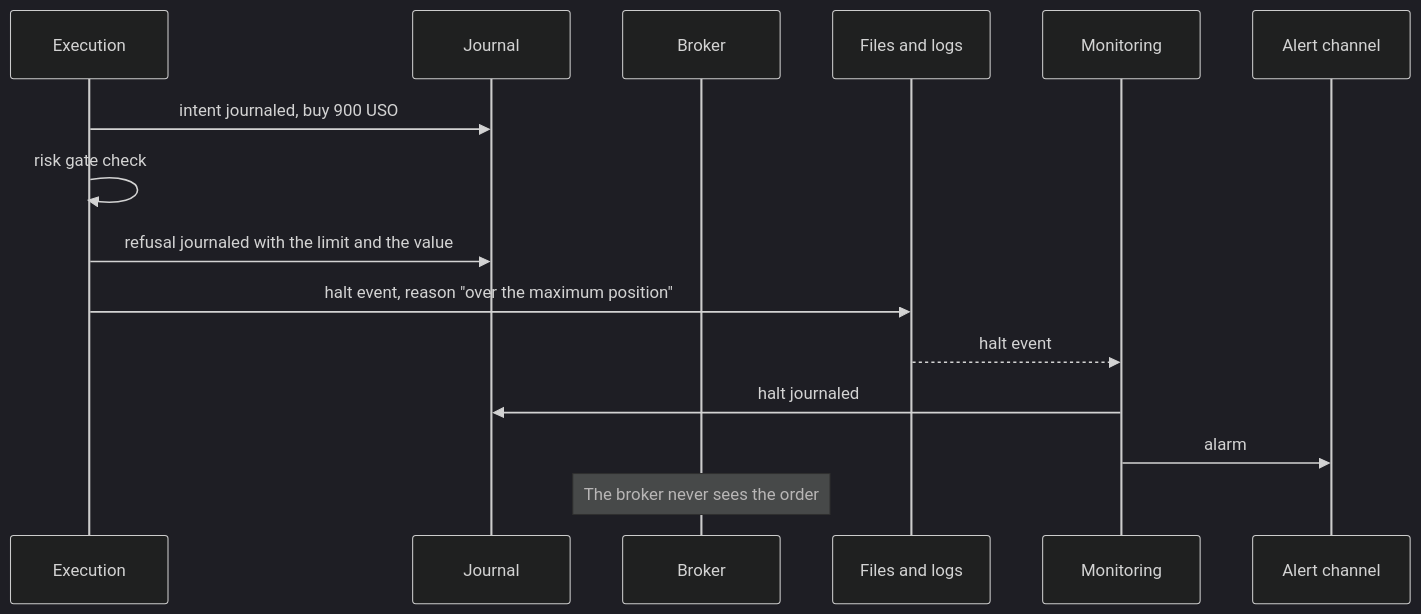
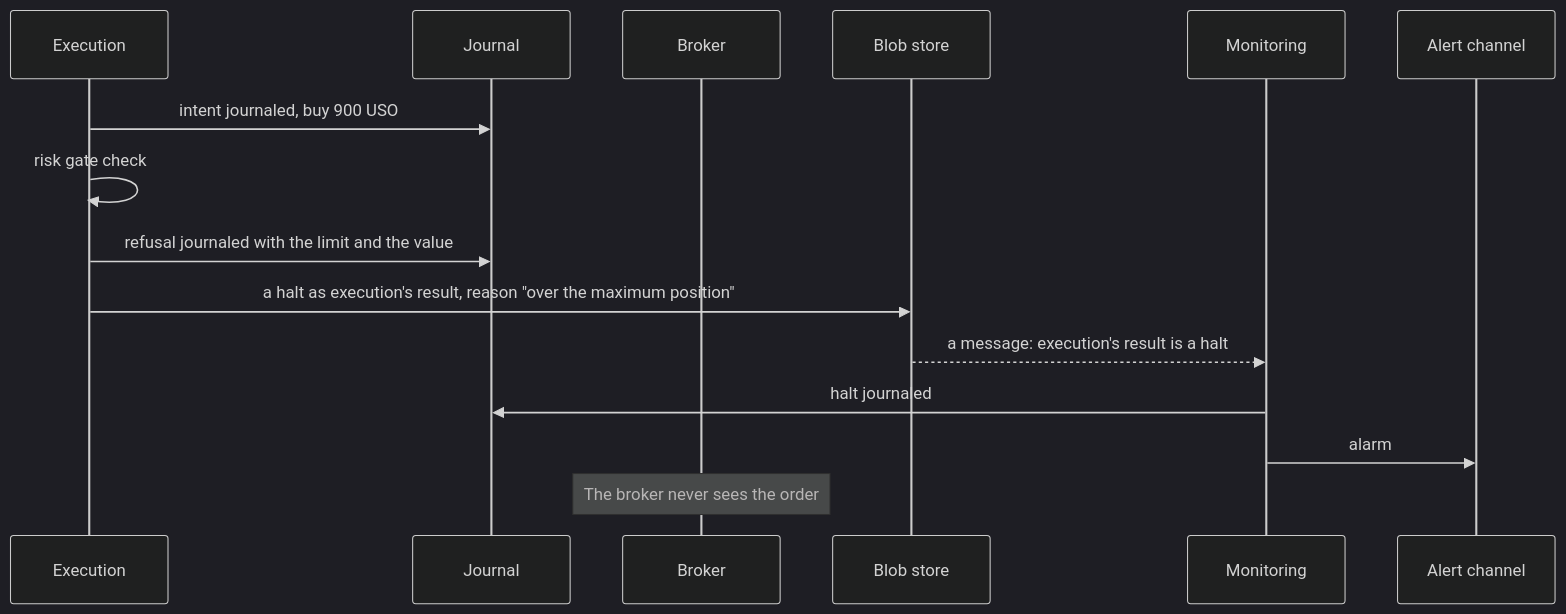
One commit to l3a0/ithildin-runtime changed the seventh of 16 diagrams in docs/architecture.md. Above: the diagram before and after it, drawn with Mermaid (dark theme). The commit also changed other lines of this file and 1 other file, not shown here.

````diff
--- a/docs/architecture.md
+++ b/docs/architecture.md
@@ -692,18 +686,18 @@
 ```mermaid
 sequenceDiagram
     participant X as Execution
     participant J as Journal
     participant B as Broker
-    participant F as Files and logs
+    participant F as Blob store
     participant M as Monitoring
     participant L as Alert channel
 
     X->>J: intent journaled, buy 900 USO
     X->>X: risk gate check
     X->>J: refusal journaled with the limit and the value
-    X->>F: halt event, reason "over the maximum position"
-    F-->>M: halt event
+    X->>F: a halt as execution's result, reason "over the maximum position"
+    F-->>M: a message: execution's result is a halt
     M->>J: halt journaled
     M->>L: alarm
     Note over B: The broker never sees the order
 ```
````
